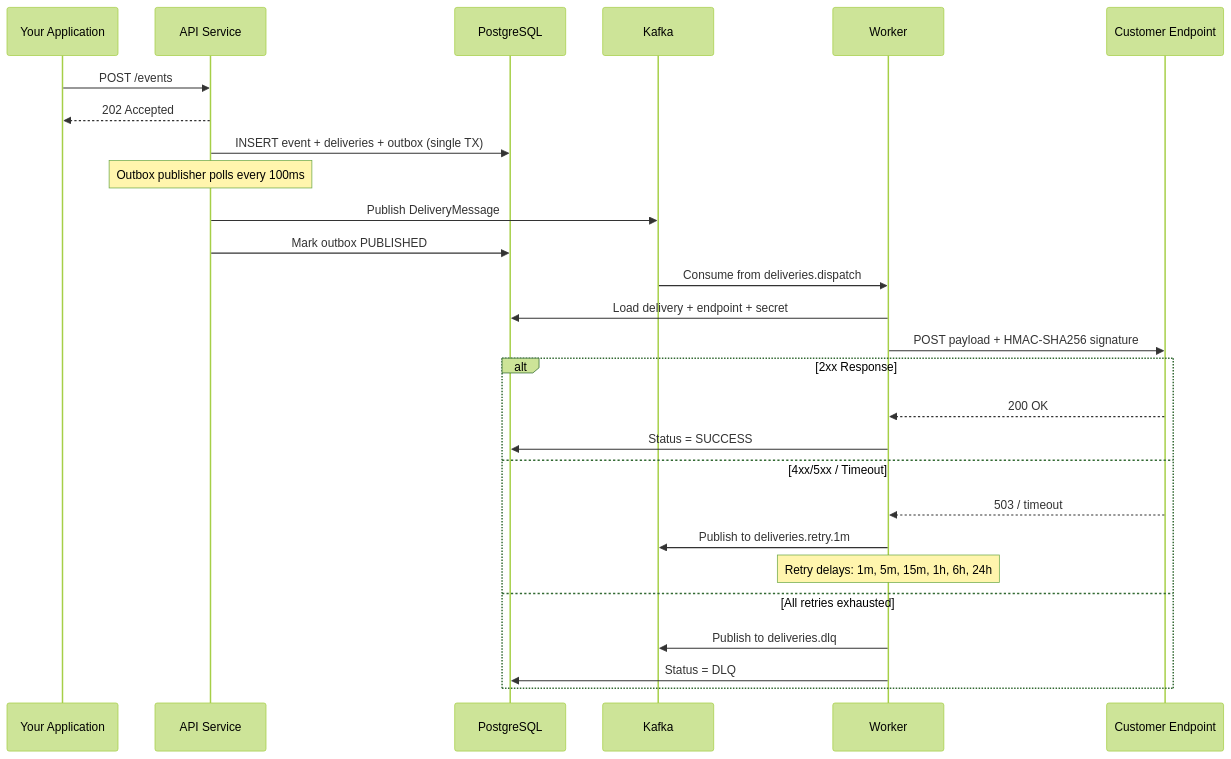
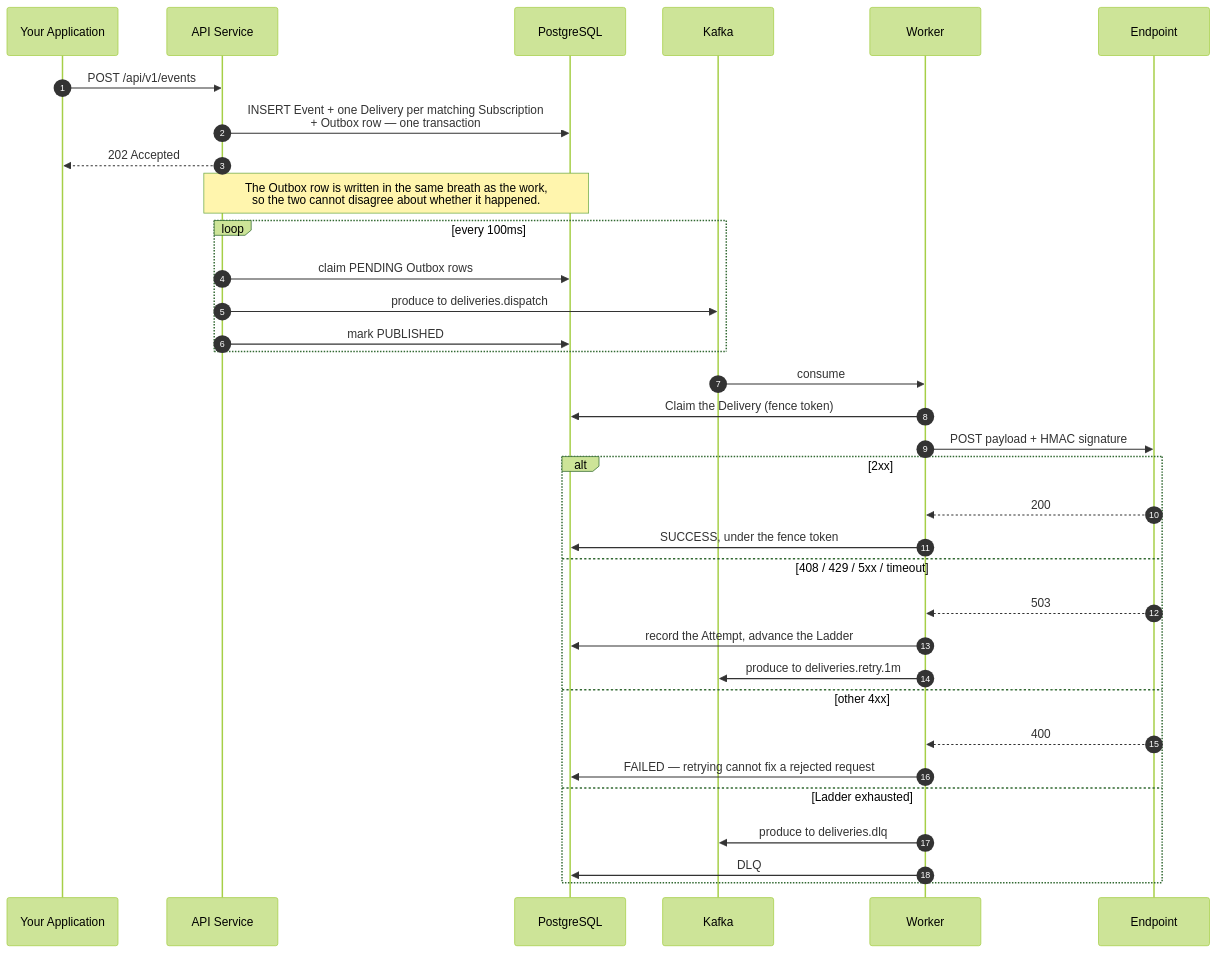
One commit to vadymkykalo/webhook-platform changed the fourth of 14 diagrams in docs/ARCHITECTURE.md. Above: the diagram before and after it, drawn with Mermaid (forest theme). The commit also changed other lines of this file and 1 other file, not shown here.

````diff
--- a/docs/ARCHITECTURE.md
+++ b/docs/ARCHITECTURE.md
@@ -75,33 +224,41 @@
 ```mermaid
 sequenceDiagram
+    autonumber
     participant App as Your Application
     participant API as API Service
     participant DB as PostgreSQL
-    participant Kafka as Kafka
-    participant Worker as Worker
-    participant EP as Customer Endpoint
-    
-    App->>API: POST /events
+    participant K as Kafka
+    participant W as Worker
+    participant EP as Endpoint
+
+    App->>API: POST /api/v1/events
+    API->>DB: INSERT Event + one Delivery per matching Subscription<br/>+ Outbox row — one transaction
     API-->>App: 202 Accepted
-    API->>DB: INSERT event + deliveries + outbox (single TX)
-    
-    Note over API: Outbox publisher polls every 100ms
-    API->>Kafka: Publish DeliveryMessage
-    API->>DB: Mark outbox PUBLISHED
-    
-    Kafka->>Worker: Consume from deliveries.dispatch
-    Worker->>DB: Load delivery + endpoint + secret
-    Worker->>EP: POST payload + HMAC-SHA256 signature
-    
-    alt 2xx Response
-        EP-->>Worker: 200 OK
-        Worker->>DB: Status = SUCCESS
-    else 4xx/5xx / Timeout
-        EP-->>Worker: 503 / timeout
-        Worker->>Kafka: Publish to deliveries.retry.1m
-        Note over Worker: Retry delays: 1m, 5m, 15m, 1h, 6h, 24h
-    else All retries exhausted
-        Worker->>Kafka: Publish to deliveries.dlq
-        Worker->>DB: Status = DLQ
+
+    Note over API,DB: The Outbox row is written in the same breath as the work,<br/>so the two cannot disagree about whether it happened.
+
+    loop every 100ms
+        API->>DB: claim PENDING Outbox rows
+        API->>K: produce to deliveries.dispatch
+        API->>DB: mark PUBLISHED
+    end
+
+    K->>W: consume
+    W->>DB: Claim the Delivery (fence token)
+    W->>EP: POST payload + HMAC signature
+
+    alt 2xx
+        EP-->>W: 200
+        W->>DB: SUCCESS, under the fence token
+    else 408 / 429 / 5xx / timeout
+        EP-->>W: 503
+        W->>DB: record the Attempt, advance the Ladder
+        W->>K: produce to deliveries.retry.1m
+    else other 4xx
+        EP-->>W: 400
+        W->>DB: FAILED — retrying cannot fix a rejected request
+    else Ladder exhausted
+        W->>K: produce to deliveries.dlq
+        W->>DB: DLQ
     end
 ```
````
